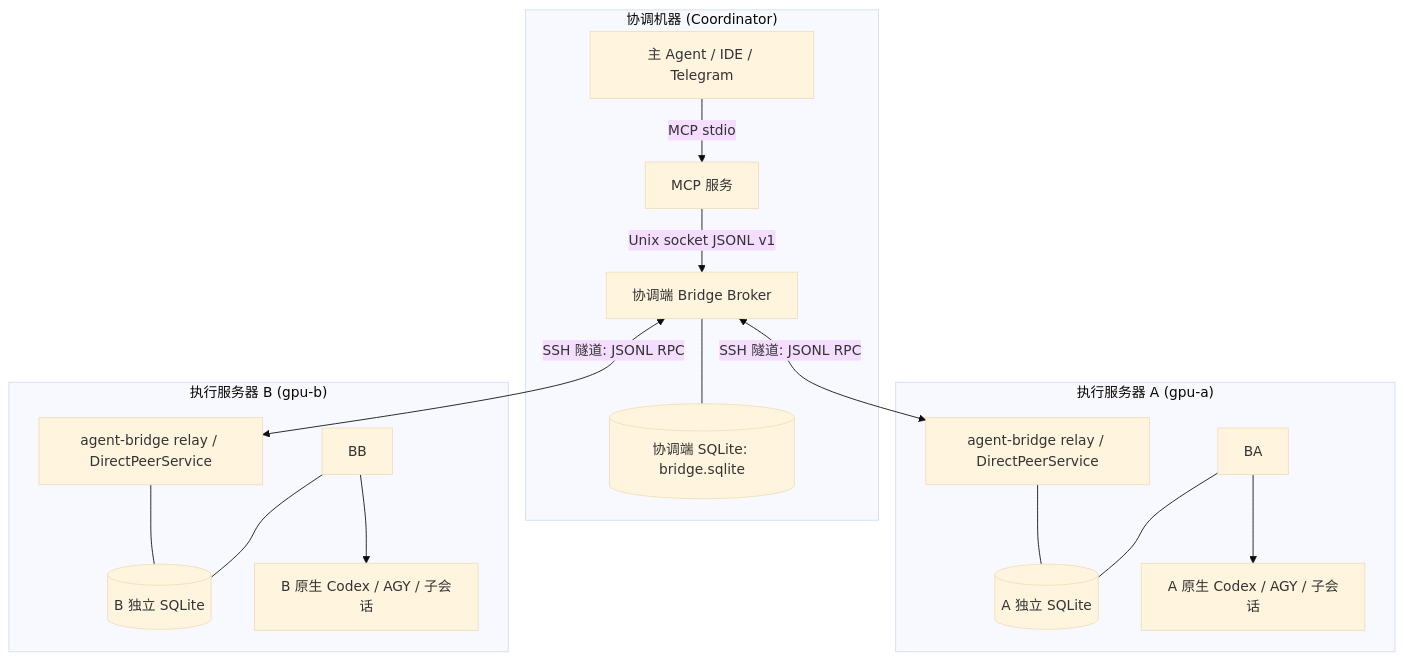
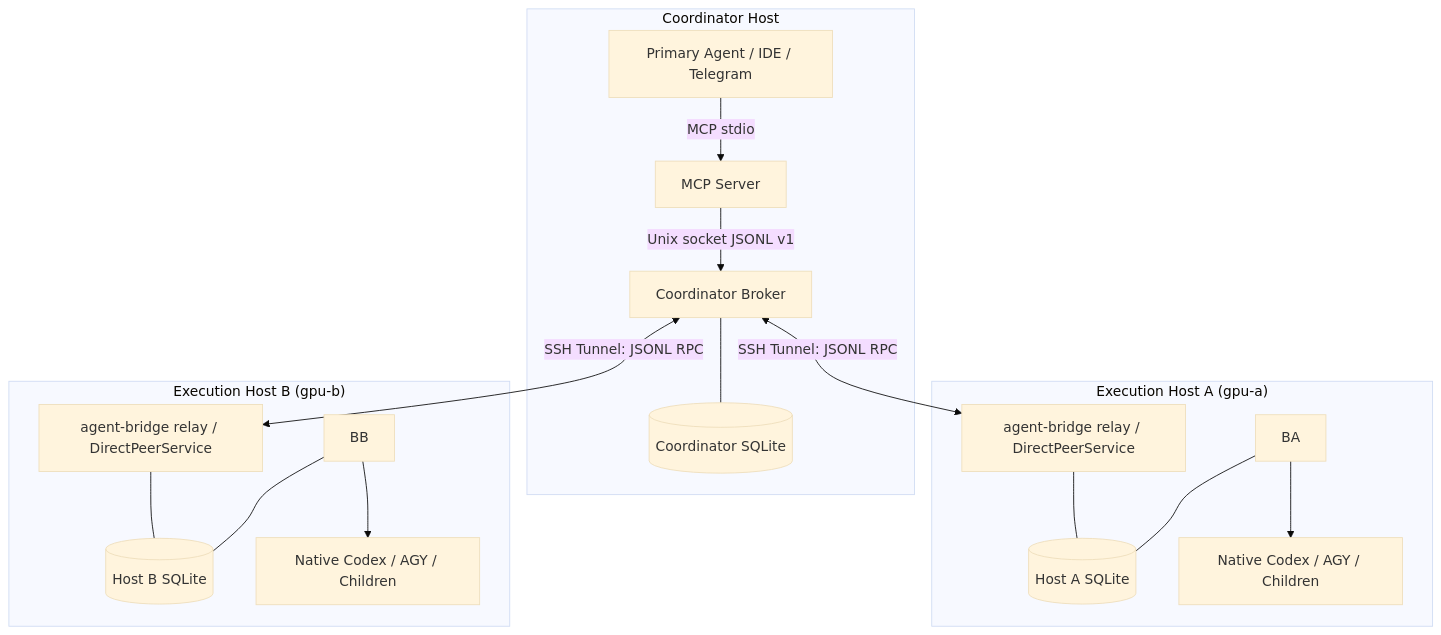
Before and after one commit to qinjian623/agent-bridge: the diagram in docs/multi-machine-design.md, drawn with Mermaid (base theme). The commit also changed other lines of this file and 53 other files, not shown here.

````diff
--- a/docs/multi-machine-design.md
+++ b/docs/multi-machine-design.md
@@ -28,23 +28,23 @@
 ```mermaid
 flowchart TD
-    subgraph HostCoord["协调机器 (Coordinator)"]
-        M[主 Agent / IDE / Telegram] -->|MCP stdio| E[MCP 服务]
-        E -->|Unix socket JSONL v1| C[协调端 Bridge Broker]
-        C --- CD[(协调端 SQLite: bridge.sqlite)]
+    subgraph HostCoord["Coordinator Host"]
+        M[Primary Agent / IDE / Telegram] -->|MCP stdio| E[MCP Server]
+        E -->|Unix socket JSONL v1| C[Coordinator Broker]
+        C --- CD[(Coordinator SQLite)]
     end
 
-    subgraph HostA["执行服务器 A (gpu-a)"]
-        RA[agent-bridge relay / DirectPeerService] --- DA[(A 独立 SQLite)]
-        BA --- DA[(A 独立 SQLite)]
-        BA --> AA[A 原生 Codex / AGY / 子会话]
+    subgraph HostA["Execution Host A (gpu-a)"]
+        RA[agent-bridge relay / DirectPeerService] --- DA[(Host A SQLite)]
+        BA --- DA[(Host A SQLite)]
+        BA --> AA[Native Codex / AGY / Children]
     end
 
-    subgraph HostB["执行服务器 B (gpu-b)"]
-        RB[agent-bridge relay / DirectPeerService] --- DB[(B 独立 SQLite)]
-        BB --- DB[(B 独立 SQLite)]
-        BB --> AB[B 原生 Codex / AGY / 子会话]
+    subgraph HostB["Execution Host B (gpu-b)"]
+        RB[agent-bridge relay / DirectPeerService] --- DB[(Host B SQLite)]
+        BB --- DB[(Host B SQLite)]
+        BB --> AB[Native Codex / AGY / Children]
     end
 
-    C <-->|SSH 隧道: JSONL RPC| RA
-    C <-->|SSH 隧道: JSONL RPC| RB
+    C <-->|SSH Tunnel: JSONL RPC| RA
+    C <-->|SSH Tunnel: JSONL RPC| RB
 ```
````
